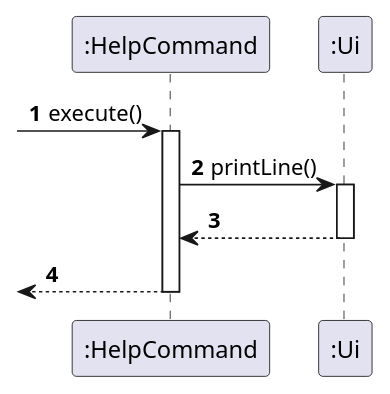
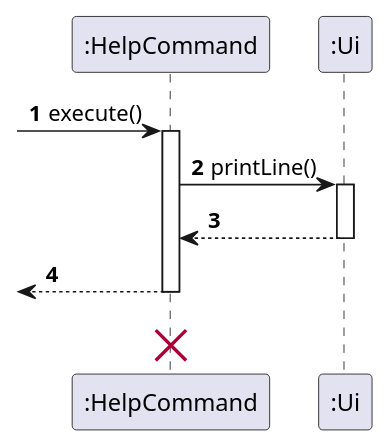
Before and after one commit to uosjapuelks/tp: the diagram in docs/pumlFiles/HelpSequence.puml, drawn with PlantUML. The commit also changed 3 other files, not shown here.

Commit message:
Change sequence diagrams

```diff
--- a/docs/pumlFiles/HelpSequence.puml
+++ b/docs/pumlFiles/HelpSequence.puml
@@ -1,17 +1,19 @@
 @startuml
-'https://plantuml.com/sequence-diagram
+Participant ":HelpCommand" as HelpCommand
 
 autonumber
 
--> ":HelpCommand": execute()
-activate ":HelpCommand"
+-> HelpCommand: execute()
+activate HelpCommand
 
-    ":HelpCommand" -> ":Ui": printLine()
+    HelpCommand -> ":Ui": printLine()
     activate ":Ui"
-    ":HelpCommand" <-- ":Ui"
+    HelpCommand <-- ":Ui"
     deactivate ":Ui"
 
-    <-- ":HelpCommand"
-deactivate ":HelpCommand"
+    <-- HelpCommand
+deactivate  HelpCommand
+    <-[hidden]- HelpCommand
 
+destroy HelpCommand
 @enduml
```
